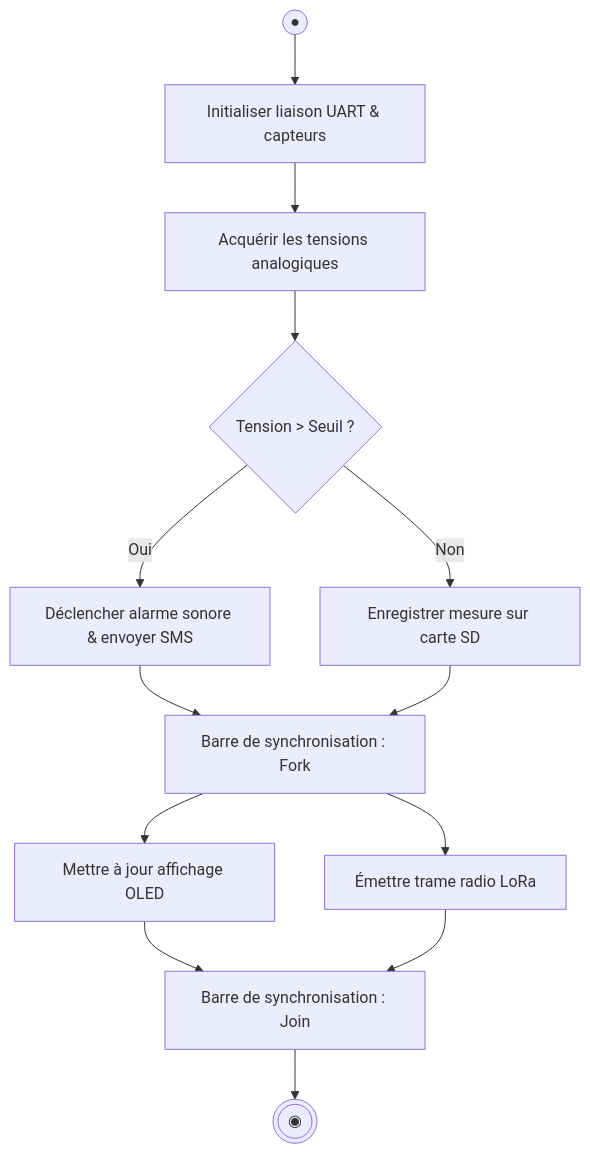
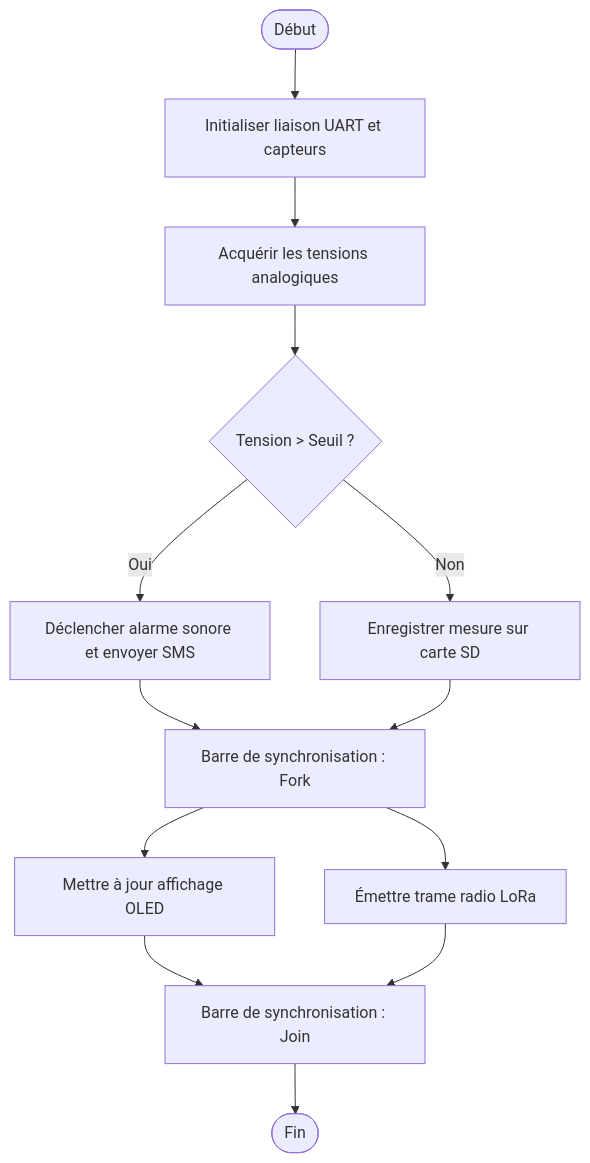
One commit to CIEL2-JR-UML/template-ciel2-uml changed the diagram in cours/06-diagramme-activites/README.md. Above: the diagram before and after it, drawn with Mermaid. The commit also changed 3 other files, not shown here.

Commit message:
fix(mermaid): correction de la syntaxe des diagrammes pour GitHub

````diff
--- a/cours/06-diagramme-activites/README.md
+++ b/cours/06-diagramme-activites/README.md
@@ -13,20 +13,20 @@
 ```mermaid
 flowchart TD
-    Start((●)) --> Init[Initialiser liaison UART & capteurs]
-    Init --> Mesure[Acquérir les tensions analogiques]
-    Mesure --> Test{Tension > Seuil ?}
+    Start(["Début"]) --> Init["Initialiser liaison UART et capteurs"]
+    Init --> Mesure["Acquérir les tensions analogiques"]
+    Mesure --> Test{"Tension > Seuil ?"}
     
-    Test -- Oui --> Alerte[Déclencher alarme sonore & envoyer SMS]
-    Test -- Non --> Log[Enregistrer mesure sur carte SD]
+    Test -- "Oui" --> Alerte["Déclencher alarme sonore et envoyer SMS"]
+    Test -- "Non" --> Log["Enregistrer mesure sur carte SD"]
     
-    Alerte --> Fork[Barre de synchronisation : Fork]
+    Alerte --> Fork["Barre de synchronisation : Fork"]
     Log --> Fork
     
-    Fork --> T1[Mettre à jour affichage OLED]
-    Fork --> T2[Émettre trame radio LoRa]
+    Fork --> T1["Mettre à jour affichage OLED"]
+    Fork --> T2["Émettre trame radio LoRa"]
     
-    T1 --> Join[Barre de synchronisation : Join]
+    T1 --> Join["Barre de synchronisation : Join"]
     T2 --> Join
     
-    Join --> End(((◉)))
+    Join --> End(["Fin"])
 ```
````
